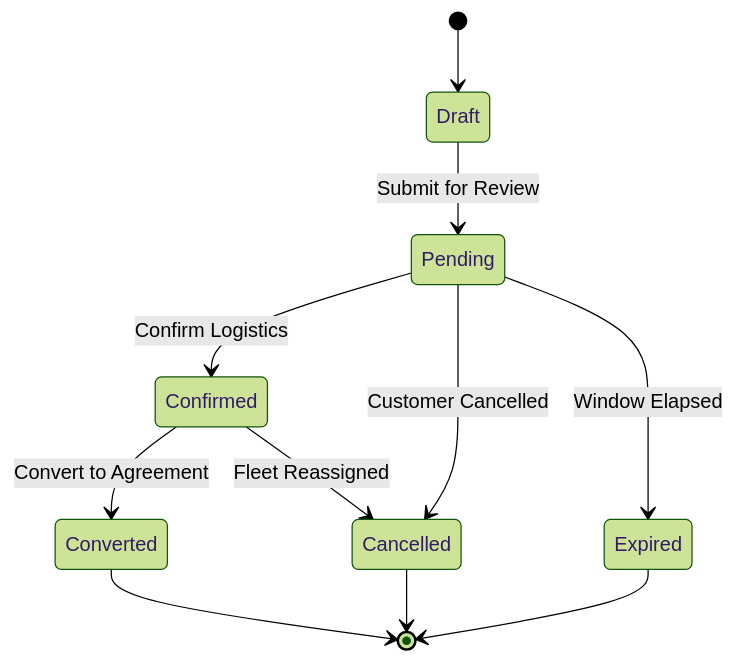
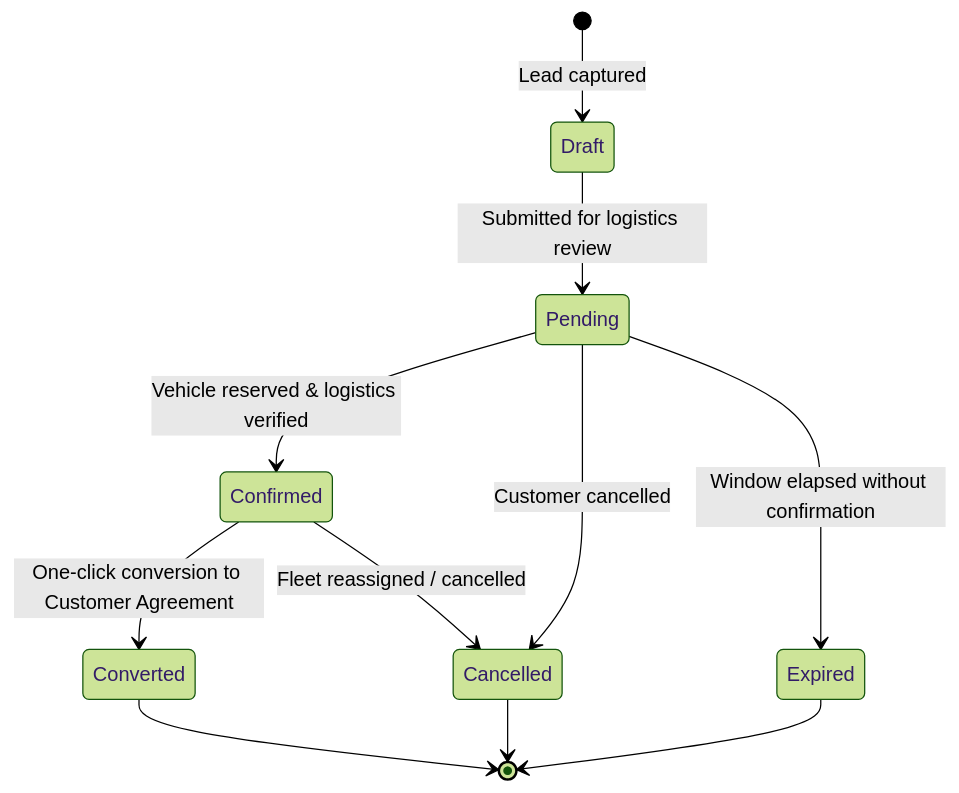
The third of 8 diagrams in docs/VEHICLE_RENTAL_GUIDE.md (kasunvimarshana/AutoERP), drawn with Mermaid (forest theme) before and after one commit. The commit also changed other lines of this file and 1 other file, not shown here.

Commit message:
docs: upgrade complete technical and operational guide for vehicle rental module

````diff
--- a/docs/VEHICLE_RENTAL_GUIDE.md
+++ b/docs/VEHICLE_RENTAL_GUIDE.md
@@ -184,13 +173,13 @@
 ```mermaid
 stateDiagram-v2
-    [*] --> Draft
-    Draft --> Pending: Submit for Review
-    Pending --> Confirmed: Confirm Logistics
-    Confirmed --> Converted: Convert to Agreement
-    Pending --> Cancelled: Customer Cancelled
-    Confirmed --> Cancelled: Fleet Reassigned
-    Pending --> Expired: Window Elapsed
+    [*] --> Draft: Lead captured
+    Draft --> Pending: Submitted for logistics review
+    Pending --> Confirmed: Vehicle reserved & logistics verified
+    Confirmed --> Converted: One-click conversion to Customer Agreement
+    Pending --> Cancelled: Customer cancelled
+    Confirmed --> Cancelled: Fleet reassigned / cancelled
+    Pending --> Expired: Window elapsed without confirmation
     Converted --> [*]
     Cancelled --> [*]
     Expired --> [*]
 ```
````
